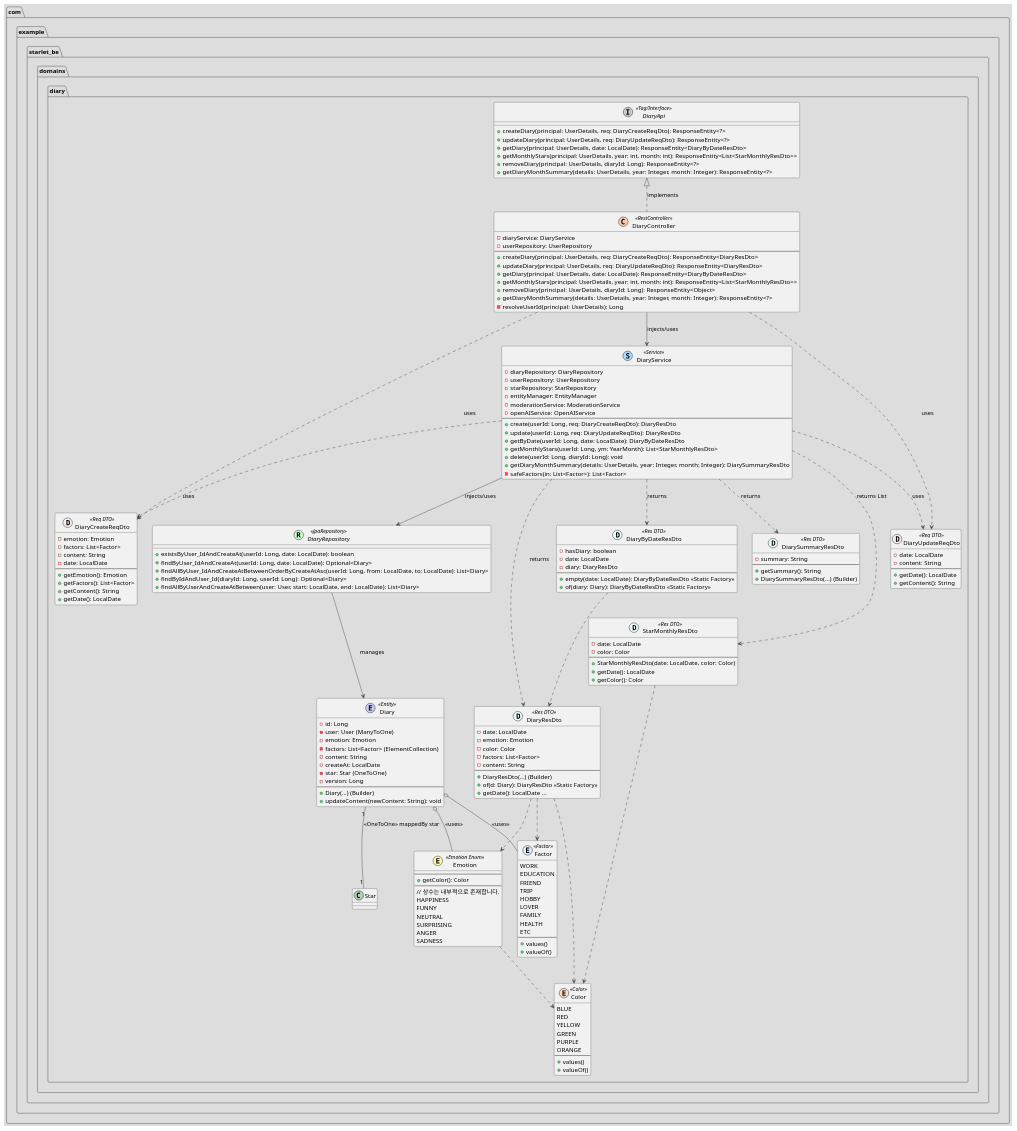
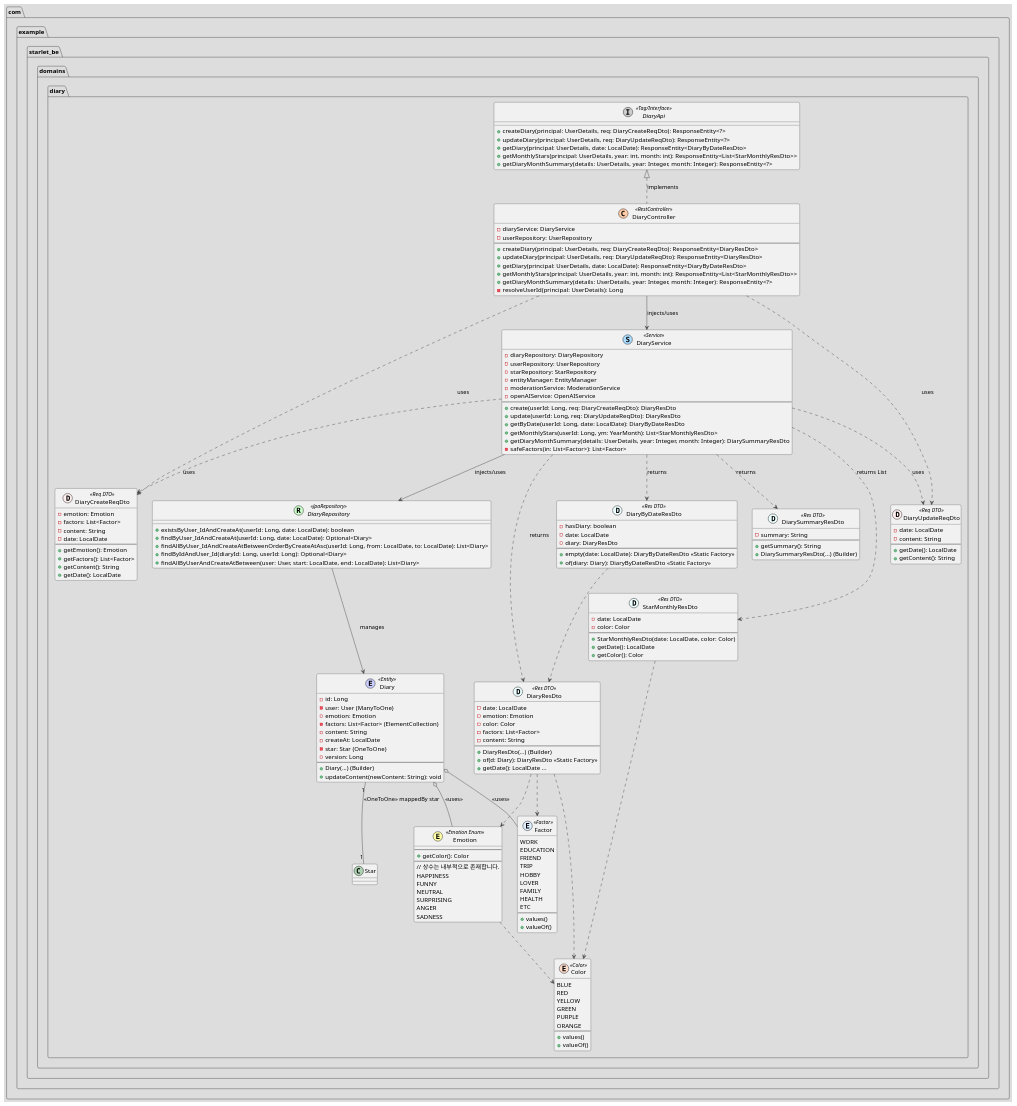
One commit to 2025-YU-SE-Project/Starlet_doc changed the diagram in SDS/Class Diagram UML/diary.puml. Above: the diagram before and after it, drawn with PlantUML. The commit also changed 1 other file, not shown here.

```diff
--- a/SDS/Class Diagram UML/diary.puml
+++ b/SDS/Class Diagram UML/diary.puml
@@ -1,187 +1,184 @@
 @startuml
 !theme toy
 top to bottom direction
 
 package "com.example.starlet_be.domains.diary" {
 
     enum Color << (E,#FFDDCC) Color >> {
         BLUE
         RED
         YELLOW
         GREEN
         PURPLE
         ORANGE
         --
         + values()
         + valueOf()
     }
 
     enum Factor << (E,#DDEEFF) Factor >> {
         WORK
         EDUCATION
         FRIEND
         TRIP
         HOBBY
         LOVER
         FAMILY
         HEALTH
         ETC
         --
         + values()
         + valueOf()
     }
 
     class Emotion << (E,#FFFFAA) Emotion Enum >> {
         --
         + getColor(): Color
         --
         // 상수는 내부적으로 존재합니다.
         HAPPINESS
         FUNNY
         NEUTRAL
         SURPRISING
         ANGER
         SADNESS
     }
     Emotion ..> Color
 
     class DiaryCreateReqDto << (D,#FFEEEE) Req DTO >> {
         - emotion: Emotion
         - factors: List<Factor>
         - content: String
         - date: LocalDate
         --
         + getEmotion(): Emotion
         + getFactors(): List<Factor>
         + getContent(): String
         + getDate(): LocalDate
     }
 
     class DiaryUpdateReqDto << (D,#FFEEEE) Req DTO >> {
         - date: LocalDate
         - content: String
         --
         + getDate(): LocalDate
         + getContent(): String
     }
 
     class DiarySummaryResDto << (D,#EEFFFF) Res DTO >> {
         - summary: String
         --
         + getSummary(): String
         + DiarySummaryResDto(...) (Builder)
     }
 
     class DiaryResDto << (D,#EEFFFF) Res DTO >> {
         - date: LocalDate
         - emotion: Emotion
         - color: Color
         - factors: List<Factor>
         - content: String
         --
         + DiaryResDto(...) (Builder)
         + of(d: Diary): DiaryResDto << Static Factory >>
         + getDate(): LocalDate ...
     }
     DiaryResDto ..> Color
     DiaryResDto ..> Emotion
     DiaryResDto ..> Factor
 
     class DiaryByDateResDto << (D,#EEFFFF) Res DTO >> {
         - hasDiary: boolean
         - date: LocalDate
         - diary: DiaryResDto
         --
         + empty(date: LocalDate): DiaryByDateResDto << Static Factory >>
         + of(diary: Diary): DiaryByDateResDto << Static Factory >>
     }
     DiaryByDateResDto ..> DiaryResDto
 
     class StarMonthlyResDto << (D,#EEFFFF) Res DTO >> {
         - date: LocalDate
         - color: Color
         --
         + StarMonthlyResDto(date: LocalDate, color: Color)
         + getDate(): LocalDate
         + getColor(): Color
     }
     StarMonthlyResDto ..> Color
 
     class Diary << (E,#CCCFFF) Entity >> {
         - id: Long
         - user: User (ManyToOne)
         - emotion: Emotion
         - factors: List<Factor> (ElementCollection)
         - content: String
         - createAt: LocalDate
         - star: Star (OneToOne)
         - version: Long
         --
         + Diary(...) (Builder)
         + updateContent(newContent: String): void
     }
     Diary o-- Emotion : <<uses>>
     Diary o-- Factor : <<uses>>
     Diary "1" -- "1" Star : <<OneToOne>> mappedBy star
 
     interface DiaryRepository << (R,#CCFFCC) JpaRepository >> {
         + existsByUser_IdAndCreateAt(userId: Long, date: LocalDate): boolean
         + findByUser_IdAndCreateAt(userId: Long, date: LocalDate): Optional<Diary>
         + findAllByUser_IdAndCreateAtBetweenOrderByCreateAtAsc(userId: Long, from: LocalDate, to: LocalDate): List<Diary>
         + findByIdAndUser_Id(diaryId: Long, userId: Long): Optional<Diary>
         + findAllByUserAndCreateAtBetween(user: User, start: LocalDate, end: LocalDate): List<Diary>
     }
     DiaryRepository --> Diary : manages
 
     class DiaryService << (S,#AADDFF) Service >> {
         - diaryRepository: DiaryRepository
         - userRepository: UserRepository
         - starRepository: StarRepository
         - entityManager: EntityManager
         - moderationService: ModerationService
         - openAIService: OpenAIService
         --
         + create(userId: Long, req: DiaryCreateReqDto): DiaryResDto
         + update(userId: Long, req: DiaryUpdateReqDto): DiaryResDto
         + getByDate(userId: Long, date: LocalDate): DiaryByDateResDto
         + getMonthlyStars(userId: Long, ym: YearMonth): List<StarMonthlyResDto>
-        + delete(userId: Long, diaryId: Long): void
         + getDiaryMonthSummary(details: UserDetails, year: Integer, month: Integer): DiarySummaryResDto
         - safeFactors(in: List<Factor>): List<Factor>
     }
     DiaryService --> DiaryRepository : injects/uses
     DiaryService ..> DiaryCreateReqDto : uses
     DiaryService ..> DiaryUpdateReqDto : uses
     DiaryService ..> DiaryResDto : returns
     DiaryService ..> DiaryByDateResDto : returns
     DiaryService ..> StarMonthlyResDto : returns List
     DiaryService ..> DiarySummaryResDto : returns
 
     interface DiaryApi << (I,#CCCCCC) Tag/Interface >> {
         + createDiary(principal: UserDetails, req: DiaryCreateReqDto): ResponseEntity<?>
         + updateDiary(principal: UserDetails, req: DiaryUpdateReqDto): ResponseEntity<?>
         + getDiary(principal: UserDetails, date: LocalDate): ResponseEntity<DiaryByDateResDto>
         + getMonthlyStars(principal: UserDetails, year: int, month: int): ResponseEntity<List<StarMonthlyResDto>>
-        + removeDiary(principal: UserDetails, diaryId: Long): ResponseEntity<?>
         + getDiaryMonthSummary(details: UserDetails, year: Integer, month: Integer): ResponseEntity<?>
     }
 
     class DiaryController << (C,#FFCCAA) RestController >> {
         - diaryService: DiaryService
         - userRepository: UserRepository
         --
         + createDiary(principal: UserDetails, req: DiaryCreateReqDto): ResponseEntity<DiaryResDto>
         + updateDiary(principal: UserDetails, req: DiaryUpdateReqDto): ResponseEntity<DiaryResDto>
         + getDiary(principal: UserDetails, date: LocalDate): ResponseEntity<DiaryByDateResDto>
         + getMonthlyStars(principal: UserDetails, year: int, month: int): ResponseEntity<List<StarMonthlyResDto>>
-        + removeDiary(principal: UserDetails, diaryId: Long): ResponseEntity<Object>
         + getDiaryMonthSummary(details: UserDetails, year: Integer, month: Integer): ResponseEntity<?>
         - resolveUserId(principal: UserDetails): Long
     }
 
     DiaryController .up.|> DiaryApi : implements
     DiaryController --> DiaryService : injects/uses
     DiaryController ..> DiaryCreateReqDto : uses
     DiaryController ..> DiaryUpdateReqDto : uses
 }
 @enduml
```
